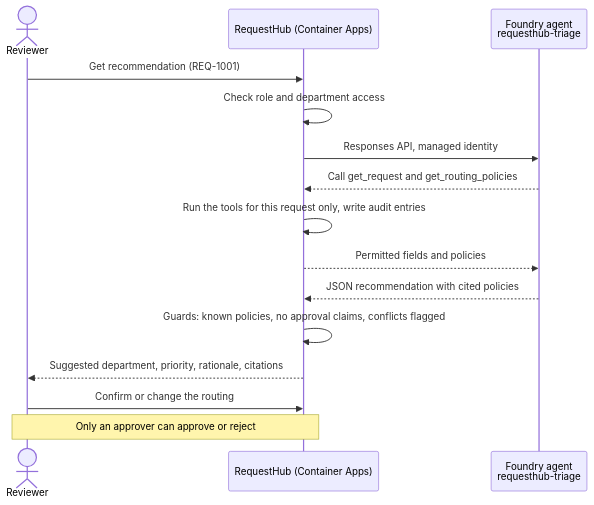
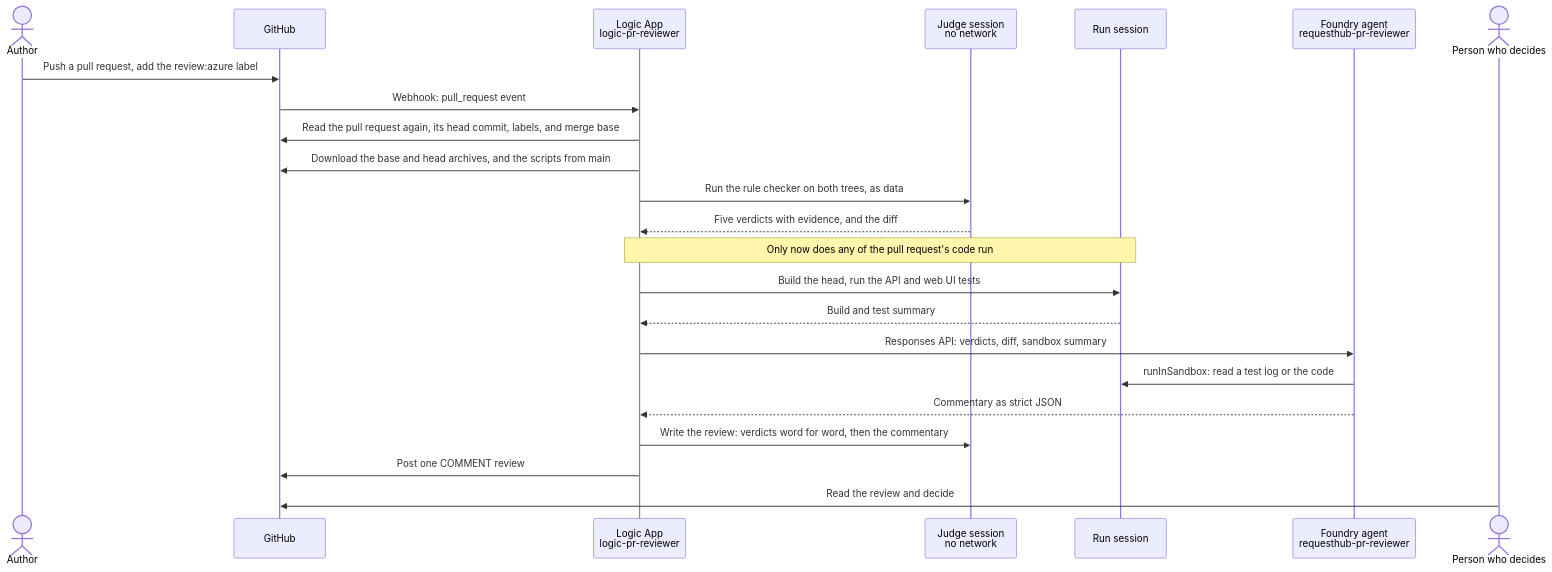
The diagram in solutions/03-develop-microsoft/README.md (melabadi/adept-assessment-northstars), drawn with Mermaid before and after one commit. The commit also changed other lines of this file and 2 other files, not shown here.

First line of the commit message:
03-develop-microsoft: README for the Azure pull request reviewer; Foundry agent and traces screenshots

````diff
--- a/solutions/03-develop-microsoft/README.md
+++ b/solutions/03-develop-microsoft/README.md
@@ -21,17 +22,25 @@
 ```mermaid
 sequenceDiagram
-  actor R as Reviewer
-  participant UI as RequestHub (Container Apps)
-  participant F as Foundry agent<br/>requesthub-triage
-  R->>UI: Get recommendation (REQ-1001)
-  UI->>UI: Check role and department access
-  UI->>F: Responses API, managed identity
-  F-->>UI: Call get_request and get_routing_policies
-  UI->>UI: Run the tools for this request only, write audit entries
-  UI-->>F: Permitted fields and policies
-  F-->>UI: JSON recommendation with cited policies
-  UI->>UI: Guards: known policies, no approval claims, conflicts flagged
-  UI-->>R: Suggested department, priority, rationale, citations
-  R->>UI: Confirm or change the routing
-  Note over R,UI: Only an approver can approve or reject
+  actor A as Author
+  participant GH as GitHub
+  participant LA as Logic App<br/>logic-pr-reviewer
+  participant J as Judge session<br/>no network
+  participant R as Run session
+  participant F as Foundry agent<br/>requesthub-pr-reviewer
+  actor P as Person who decides
+  A->>GH: Push a pull request, add the review:azure label
+  GH->>LA: Webhook: pull_request event
+  LA->>GH: Read the pull request again, its head commit, labels, and merge base
+  LA->>GH: Download the base and head archives, and the scripts from main
+  LA->>J: Run the rule checker on both trees, as data
+  J-->>LA: Five verdicts with evidence, and the diff
+  Note over LA,R: Only now does any of the pull request's code run
+  LA->>R: Build the head, run the API and web UI tests
+  R-->>LA: Build and test summary
+  LA->>F: Responses API: verdicts, diff, sandbox summary
+  F->>R: runInSandbox: read a test log or the code
+  F-->>LA: Commentary as strict JSON
+  LA->>J: Write the review: verdicts word for word, then the commentary
+  LA->>GH: Post one COMMENT review
+  P->>GH: Read the review and decide
 ```
````
